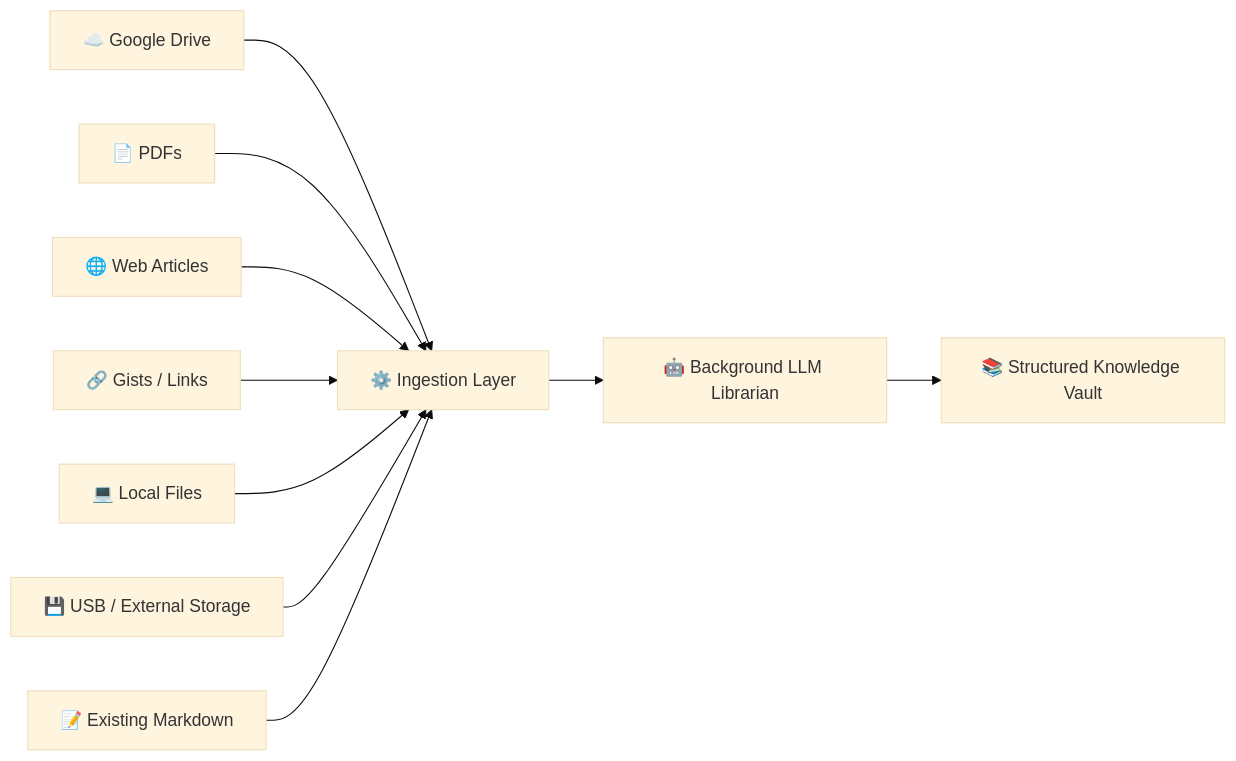
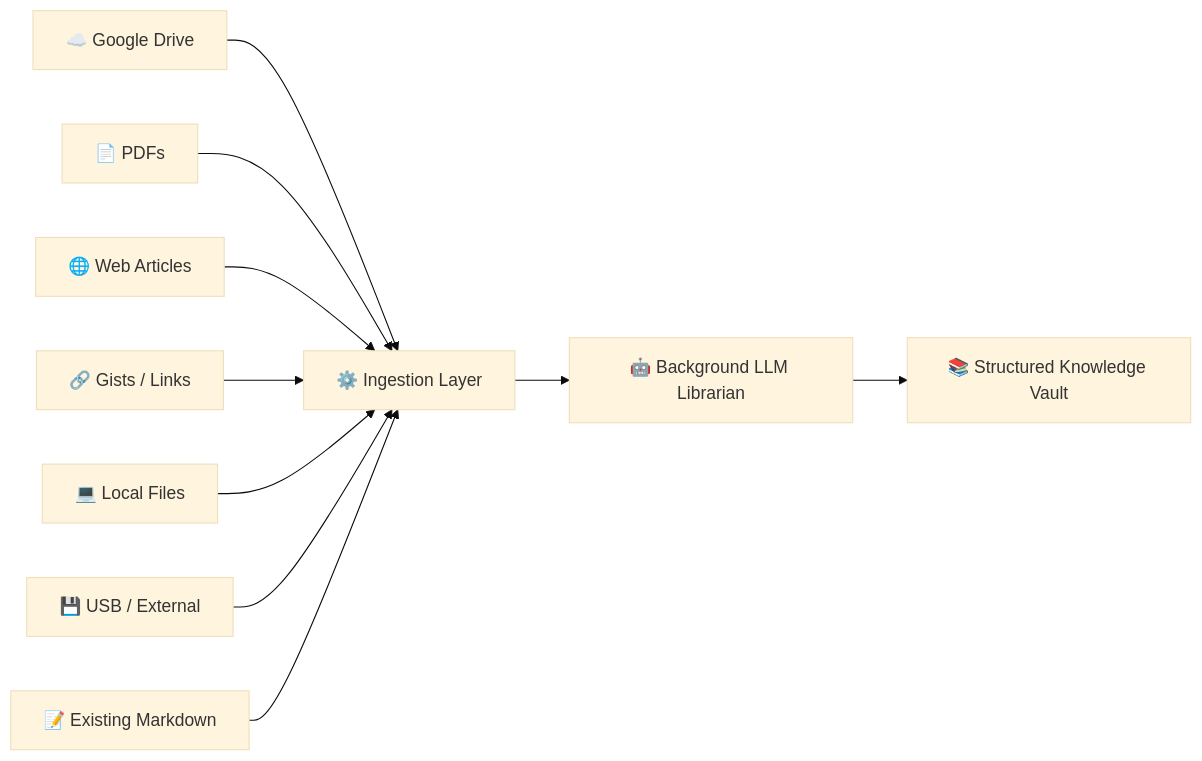
One commit to Amie-dev/FDE-and-GenAI-Mastery changed the third of 9 diagrams in Lecture 18 - Vectorless RAG and LLM Wiki/notes/04_llm_wiki_librarian_architecture.md. Above: the diagram before and after it, drawn with Mermaid (base theme). The commit also changed other lines of this file and 6 other files, not shown here.

````diff
--- a/Lecture 18 - Vectorless RAG and LLM Wiki/notes/04_llm_wiki_librarian_architecture.md
+++ b/Lecture 18 - Vectorless RAG and LLM Wiki/notes/04_llm_wiki_librarian_architecture.md
@@ -212,23 +224,23 @@
 ```mermaid
 flowchart LR
 
     DRIVE["☁️ Google Drive"]
     PDF["📄 PDFs"]
     WEB["🌐 Web Articles"]
     GIST["🔗 Gists / Links"]
     LOCAL["💻 Local Files"]
-    USB["💾 USB / External Storage"]
+    USB["💾 USB / External"]
     NOTES["📝 Existing Markdown"]
 
     DRIVE --> INGEST["⚙️ Ingestion Layer"]
     PDF --> INGEST
     WEB --> INGEST
     GIST --> INGEST
     LOCAL --> INGEST
     USB --> INGEST
     NOTES --> INGEST
 
     INGEST --> LIB["🤖 Background LLM Librarian"]
 
     LIB --> VAULT["📚 Structured Knowledge Vault"]
 ```
````
